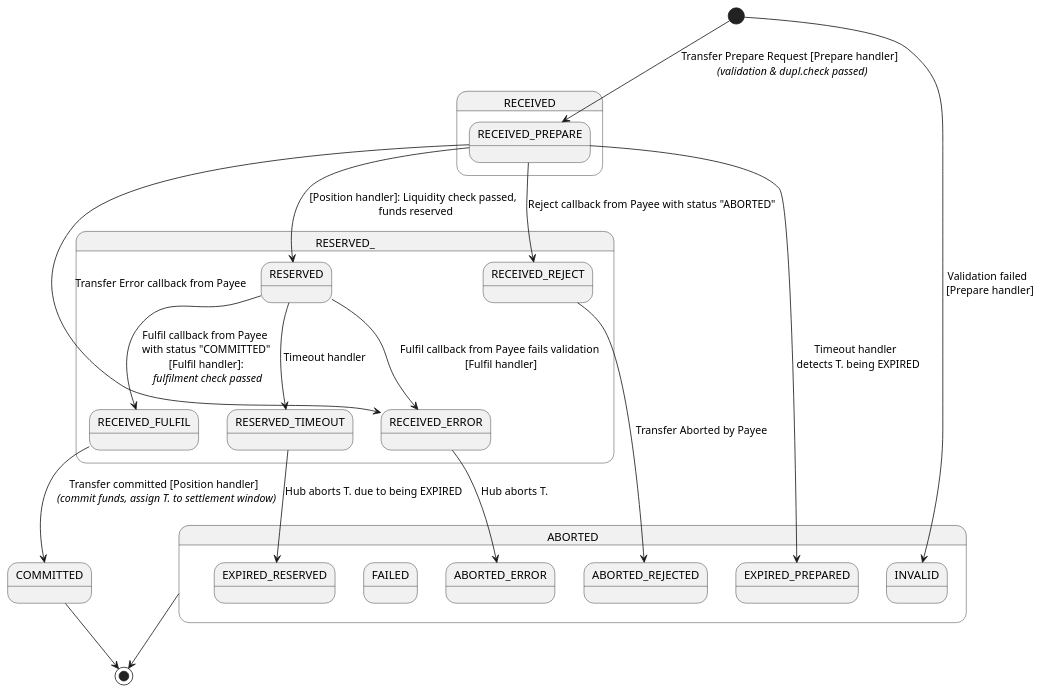
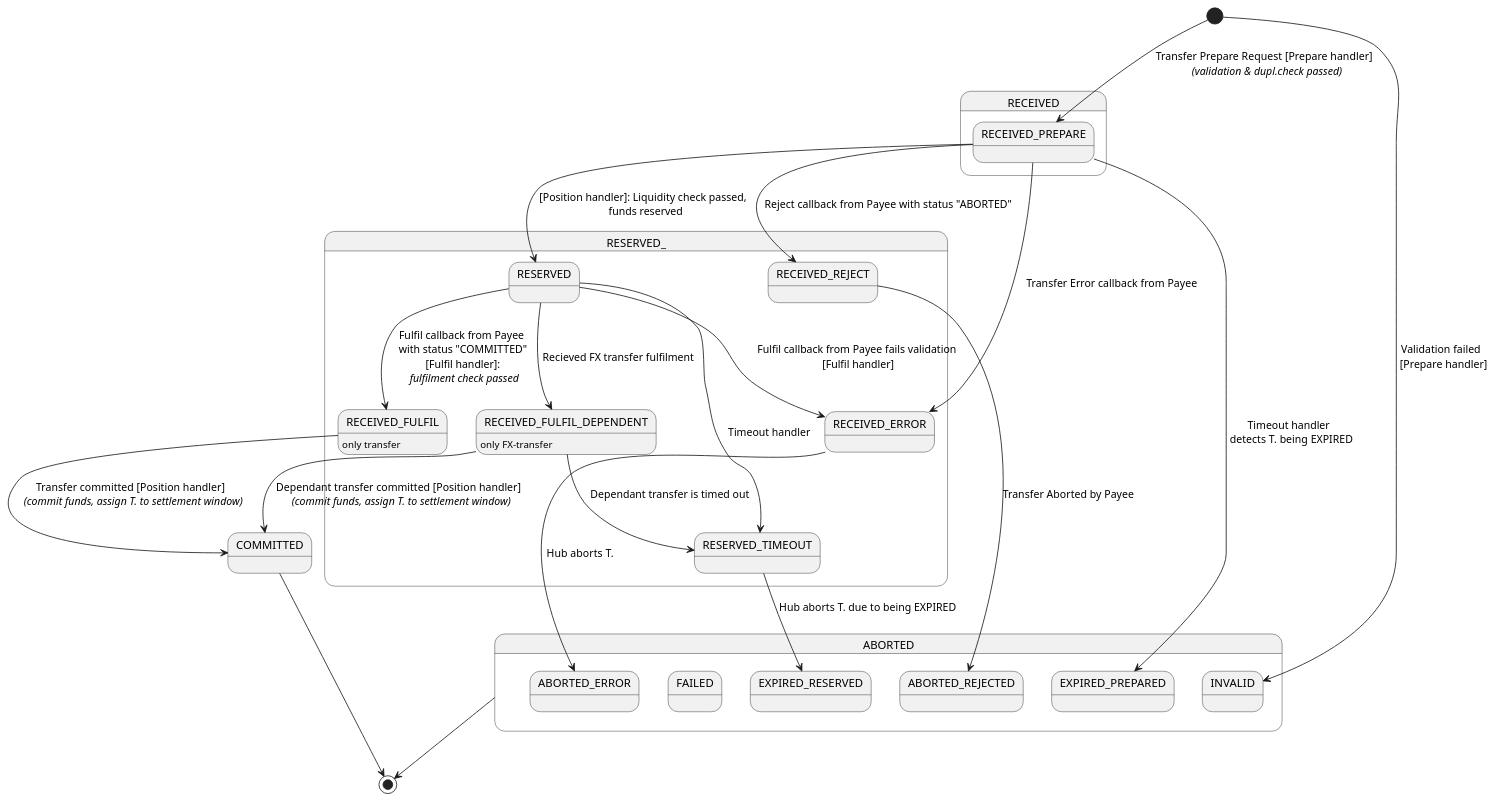
The diagram in documentation/state-diagrams/transfer-internal-states.plantuml (mojaloop/central-ledger), drawn with PlantUML before and after one commit. The commit also changed 3 other files, not shown here.

Commit message:
feat(mojaloop/#3818): finalize FX timeout diagrams

```diff
--- a/documentation/state-diagrams/transfer-internal-states.plantuml
+++ b/documentation/state-diagrams/transfer-internal-states.plantuml
@@ -1,59 +1,68 @@
 @startuml
 
 state RECEIVED {
   state RECEIVED_PREPARE {
   }
 }
 
 state RESERVED_ {
   state RESERVED {
   }
   state RECEIVED_FULFIL {
+  }
+  state RECEIVED_FULFIL_DEPENDENT {
   }
   state RESERVED_TIMEOUT {
   }
   state RECEIVED_REJECT {
   }
   state RECEIVED_ERROR {
   }
 }
 
 state COMMITTED {
 }
 
 state ABORTED {
   state ABORTED_ERROR {
   }
   state ABORTED_REJECTED {
   }
   state EXPIRED_PREPARED {
   }
   state EXPIRED_RESERVED {
   }
   state FAILED {
   }
   state INVALID {
   }
 }
 
+RECEIVED_FULFIL_DEPENDENT : only FX-transfer
+RECEIVED_FULFIL : only transfer
+
 [*] --> RECEIVED_PREPARE : Transfer Prepare Request [Prepare handler] \n <i>(validation & dupl.check passed)</i>
 [*] --> INVALID : Validation failed \n [Prepare handler]
 RECEIVED_PREPARE --> RESERVED : [Position handler]: Liquidity check passed, \n funds reserved
 RECEIVED_PREPARE --> RECEIVED_REJECT : Reject callback from Payee with status "ABORTED"
 RECEIVED_PREPARE --> RECEIVED_ERROR : Transfer Error callback from Payee
 
 RECEIVED_FULFIL --> COMMITTED : Transfer committed [Position handler] \n <i>(commit funds, assign T. to settlement window)</i>
 
 RECEIVED_REJECT --> ABORTED_REJECTED : Transfer Aborted by Payee
 RECEIVED_ERROR --> ABORTED_ERROR : Hub aborts T.
 RECEIVED_PREPARE --> EXPIRED_PREPARED : Timeout handler \n detects T. being EXPIRED
 
 RESERVED --> RECEIVED_FULFIL : Fulfil callback from Payee \n with status "COMMITTED" \n [Fulfil handler]: \n <i>fulfilment check passed</i>
 RESERVED --> RECEIVED_ERROR : Fulfil callback from Payee fails validation\n [Fulfil handler]
 RESERVED --> RESERVED_TIMEOUT : Timeout handler
 RESERVED_TIMEOUT --> EXPIRED_RESERVED : Hub aborts T. due to being EXPIRED
 
+RESERVED --> RECEIVED_FULFIL_DEPENDENT : Recieved FX transfer fulfilment
+RECEIVED_FULFIL_DEPENDENT --> COMMITTED : Dependant transfer committed [Position handler] \n <i>(commit funds, assign T. to settlement window)</i>
+RECEIVED_FULFIL_DEPENDENT --> RESERVED_TIMEOUT : Dependant transfer is timed out
+
 COMMITTED --> [*]
 ABORTED --> [*]
 
 @enduml
```
